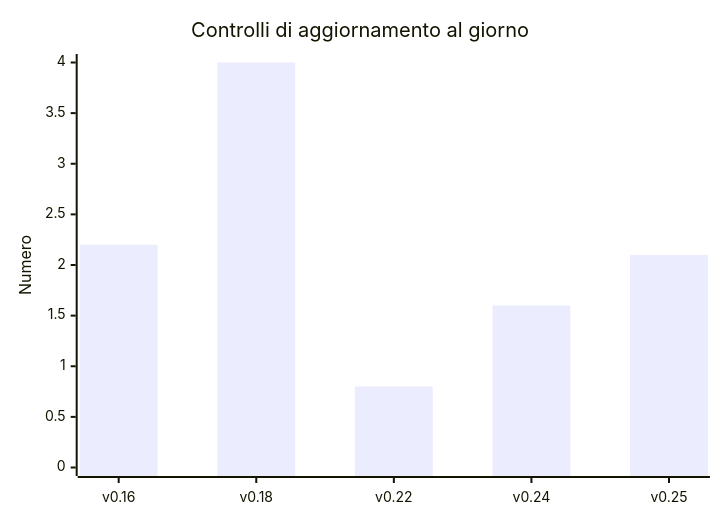
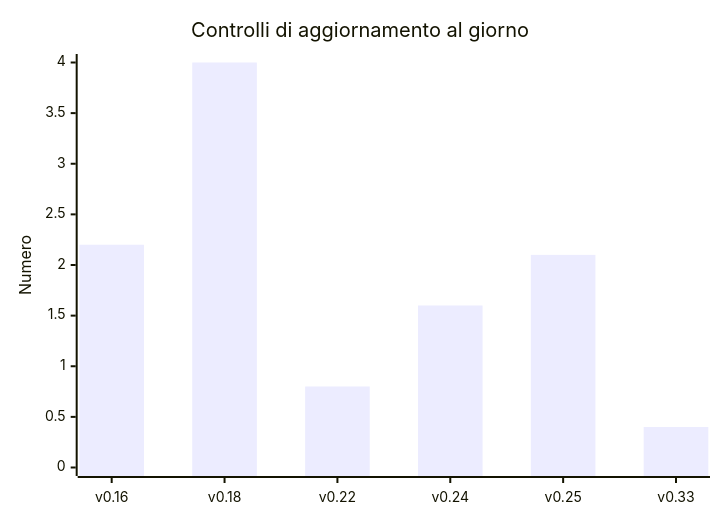
The first of 2 diagrams in README.md (napo/analisirefertogara), drawn with Mermaid before and after one commit. The commit also changed other lines of this file and 1 other file, not shown here.

````diff
--- a/README.md
+++ b/README.md
@@ -26,7 +26,7 @@
 ```mermaid
 xychart-beta
   title "Controlli di aggiornamento al giorno"
-  x-axis ["v0.16", "v0.18", "v0.22", "v0.24", "v0.25"]
+  x-axis ["v0.16", "v0.18", "v0.22", "v0.24", "v0.25", "v0.33"]
   y-axis "Numero" 0 --> 4
-  bar [2.2, 4, 0.8, 1.6, 2.1]
+  bar [2.2, 4, 0.8, 1.6, 2.1, 0.4]
 ```
````
